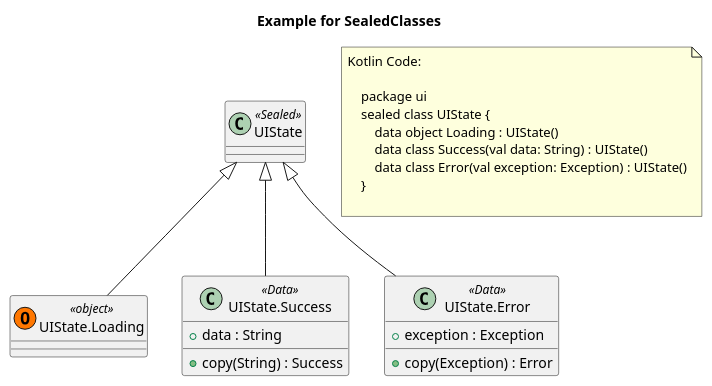
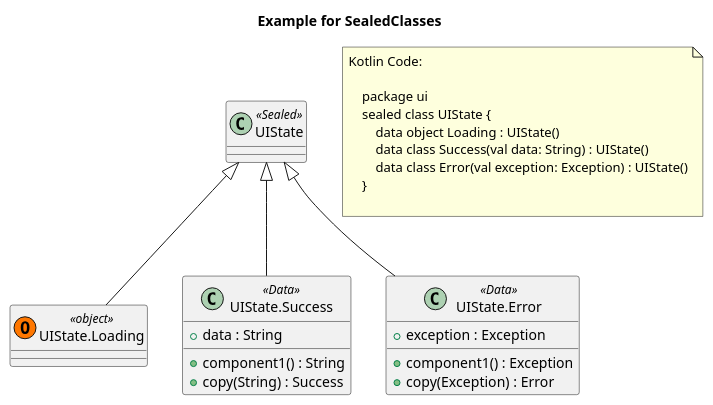
The diagram in doc/plantuml/SealedClasses.puml (Tosaa/ksp-plantuml), drawn with PlantUML before and after one commit. The commit also changed 11 other files, not shown here.

```diff
--- a/doc/plantuml/SealedClasses.puml
+++ b/doc/plantuml/SealedClasses.puml
@@ -1,51 +1,53 @@
 @startuml
 title Example for SealedClasses
 'This file is generated by the GenerateExamplesForDoc test.
 
     'ui.UIState
     class "UIState" as ui_UIState <<Sealed>>{
         
     }
 
 
     'ui.UIState.Loading
     class "UIState.Loading" as ui_UIState_Loading << (O, #FF7700) object>>{
         
     }
 
 
     'ui.UIState.Success
     class "UIState.Success" as ui_UIState_Success <<Data>>{
         + data : String
+		+ component1() : String
 		+ copy(String) : Success
     }
 
 
     'ui.UIState.Error
     class "UIState.Error" as ui_UIState_Error <<Data>>{
         + exception : Exception
+		+ component1() : Exception
 		+ copy(Exception) : Error
     }
 
 
 'Inheritance relations
 ui_UIState <|-- ui_UIState_Loading
 ui_UIState <|-- ui_UIState_Success
 ui_UIState <|-- ui_UIState_Error
 'Property relations
 
 'Function relations
 
 note as note_of_code
 Kotlin Code:
 
     package ui
     sealed class UIState {
         data object Loading : UIState()
         data class Success(val data: String) : UIState()
         data class Error(val exception: Exception) : UIState()
     }
     
 end note
 
 @enduml
```
